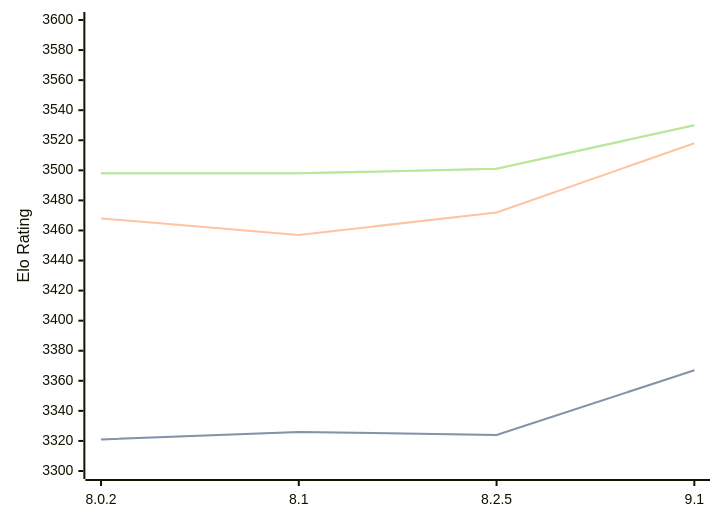
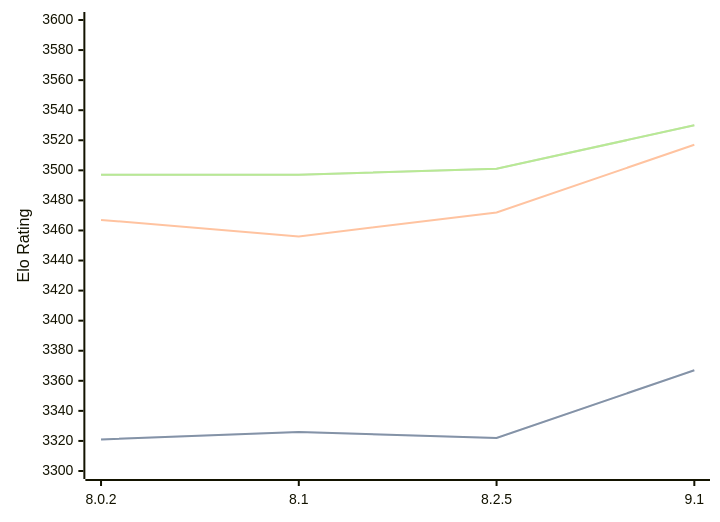
Before and after one commit to computer-chess-index/cci: the first of 3 diagrams in engines/Clover.md, drawn with Mermaid. The commit also changed other lines of this file, not shown here.

Commit message:
Update CCI Ratings (ELO VLTC) - 2026-06-19

````diff
--- a/engines/Clover.md
+++ b/engines/Clover.md
@@ -64,11 +64,11 @@
 ```mermaid
 %%{init: {"theme":"base","themeVariables":{"seriesColors:['#a3a3a3','#222221','#faa371']}}}%%
 xychart-beta
   x-axis ["8.0.2", "8.1", "8.2.5", "9.1"]
   y-axis "Elo Rating" 3300 --> 3600
-  line "STC (8.0+0.08s)" [3321, 3326, 3324, 3367]
-  line "STC (8.0+0.08s)" [3321, 3326, 3324, 3367]
-  line "LTC (60.0+0.60s)" [3468, 3457, 3472, 3518]
-  line "VLTC (2m24s+1.12s)" [3498, 3498, 3501, 3530]
-  line "VLTC (2m24s+1.12s)" [3498, 3498, 3501, 3530]
+  line "STC (8.0+0.08s)" [3321, 3326, 3322, 3367]
+  line "STC (8.0+0.08s)" [3321, 3326, 3322, 3367]
+  line "LTC (60.0+0.60s)" [3467, 3456, 3472, 3517]
+  line "VLTC (2m24s+1.12s)" [3497, 3497, 3501, 3530]
+  line "VLTC (2m24s+1.12s)" [3497, 3497, 3501, 3530]
 ```
````
